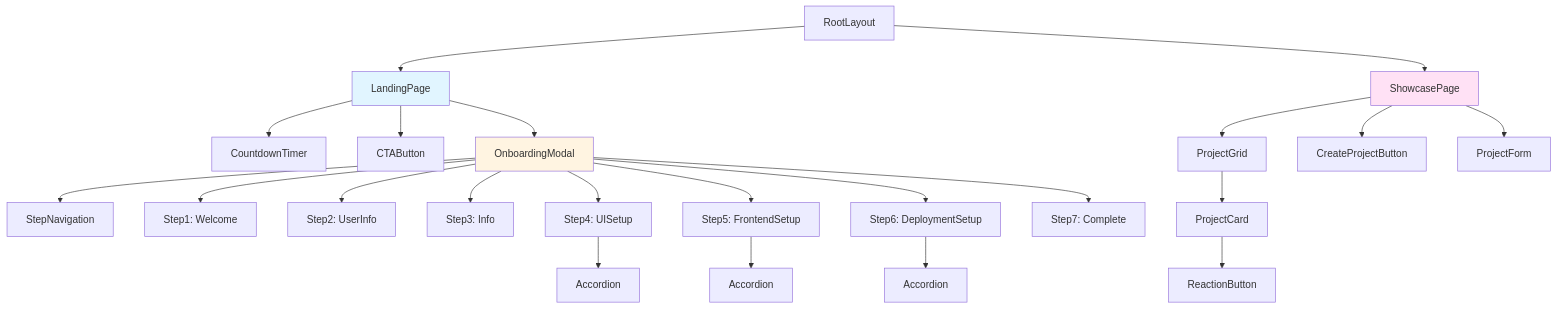
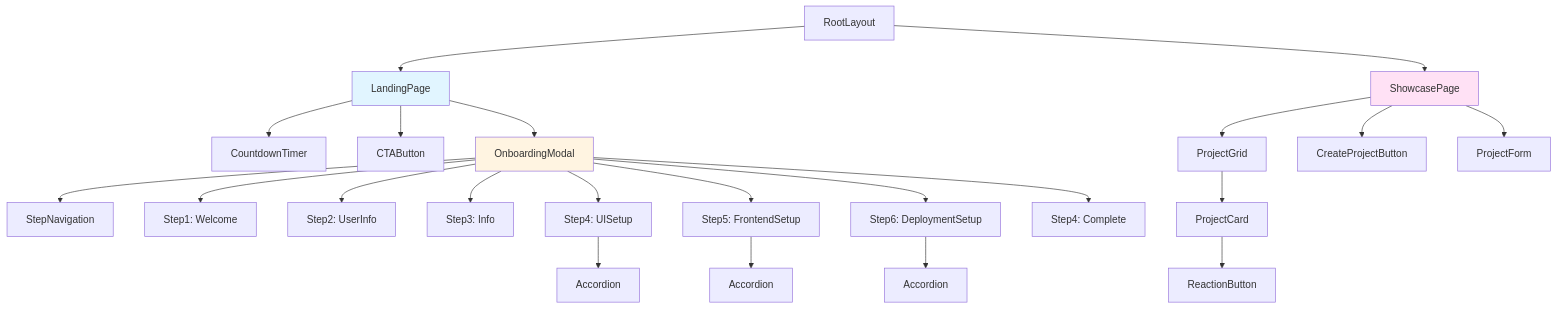
The third of 4 diagrams in aws-community-showcase/design.md (r0undy/project-showcase), drawn with Mermaid before and after one commit. The commit also changed 16 other files, not shown here.

````diff
--- a/aws-community-showcase/design.md
+++ b/aws-community-showcase/design.md
@@ -183,33 +183,33 @@
 ```mermaid
 graph TD
     Root[RootLayout] --> Landing[LandingPage]
     Root --> Showcase[ShowcasePage]
  
     Landing --> Timer[CountdownTimer]
     Landing --> CTA[CTAButton]
     Landing --> Modal[OnboardingModal]
  
     Modal --> Nav[StepNavigation]
     Modal --> S1[Step1: Welcome]
     Modal --> S2[Step2: UserInfo]
     Modal --> S3[Step3: Info]
     Modal --> S4[Step4: UISetup]
     Modal --> S5[Step5: FrontendSetup]
     Modal --> S6[Step6: DeploymentSetup]
-    Modal --> S7[Step7: Complete]
+    Modal --> S4Complete[Step4: Complete]
  
     S4 --> Acc1[Accordion]
     S5 --> Acc2[Accordion]
     S6 --> Acc3[Accordion]
  
     Showcase --> Grid[ProjectGrid]
     Showcase --> Create[CreateProjectButton]
     Showcase --> Form[ProjectForm]
  
     Grid --> Card[ProjectCard]
     Card --> Reaction[ReactionButton]
  
     style Landing fill:#e1f5ff
     style Showcase fill:#ffe1f5
     style Modal fill:#fff4e1
 ```
````
